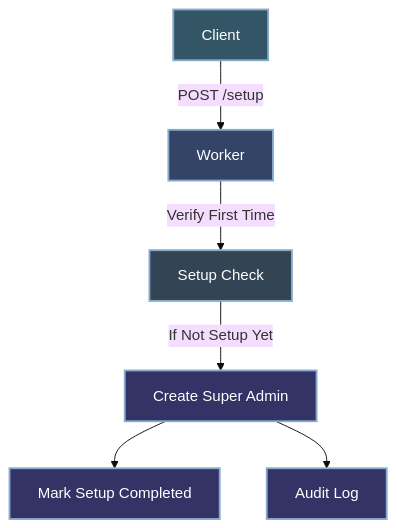
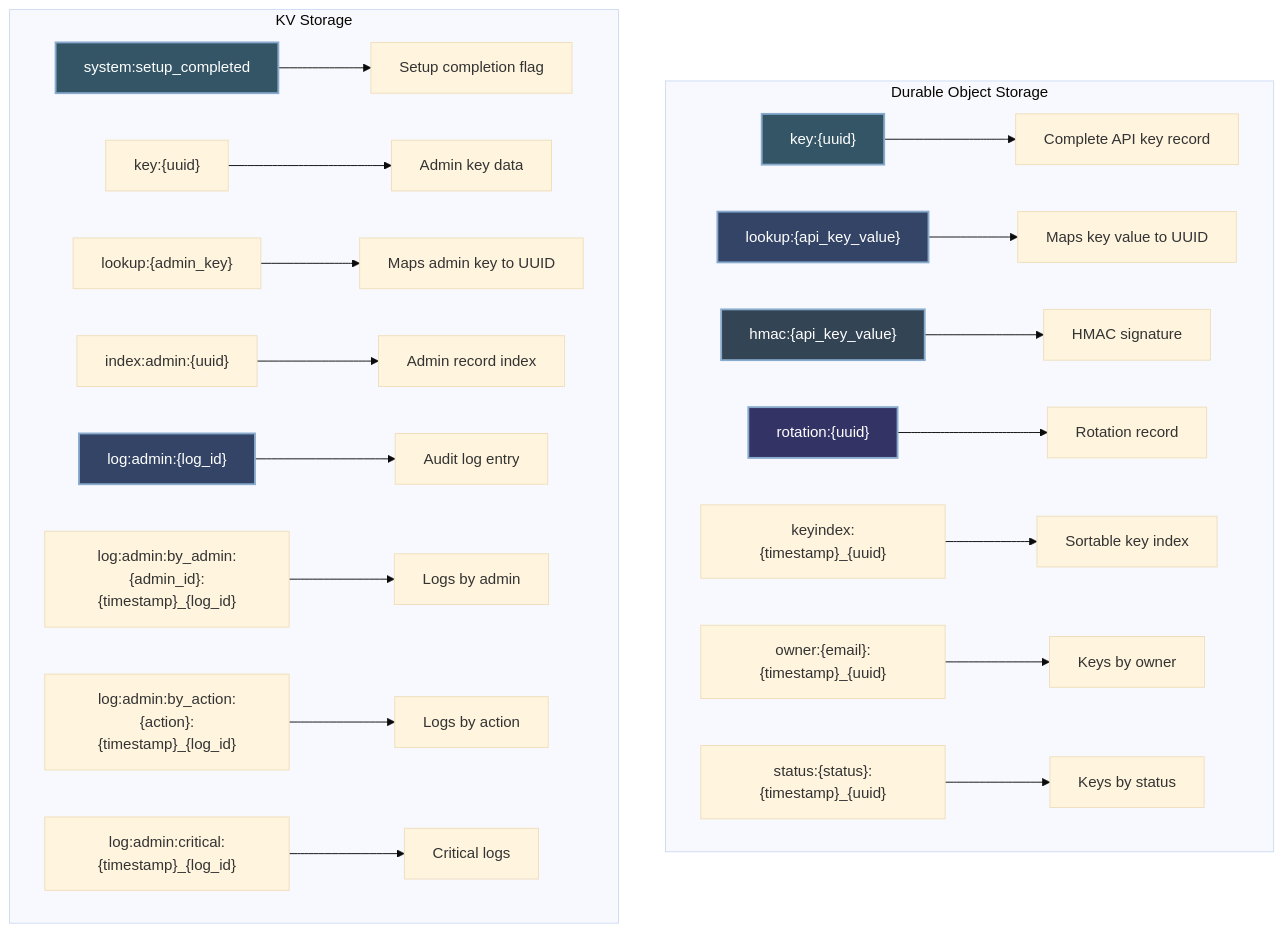
Before and after one commit to erfianugrah/api-gateway-workers: diagram 20 of 24 in docs/ARCHITECTURE.md, drawn with Mermaid (base theme). The commit also changed other lines of this file and 69 other files, not shown here.

````diff
--- a/docs/ARCHITECTURE.md
+++ b/docs/ARCHITECTURE.md
@@ -434,15 +1213,43 @@
 ```mermaid
-flowchart TB
-    A[Client] -->|POST /setup| B[Worker]
-    B -->|Verify First Time| C[Setup Check]
-    C -->|If Not Setup Yet| D[Create Super Admin]
-    D --> E[Mark Setup Completed]
-    D --> F[Audit Log]
+graph TD
+    subgraph "Durable Object Storage"
+        KeyData["key:{uuid}"] --> FullKeyRecord[Complete API key record]
+        
+        LookupIndex["lookup:{api_key_value}"] --> KeyID[Maps key value to UUID]
+        
+        HMACStore["hmac:{api_key_value}"] --> Signature[HMAC signature]
+        
+        RotationStore["rotation:{uuid}"] --> RotationInfo[Rotation record]
+        
+        TimeIndex["keyindex:{timestamp}_{uuid}"] --> SortableIndex[Sortable key index]
+        
+        OwnerIndex["owner:{email}:{timestamp}_{uuid}"] --> OwnerList[Keys by owner]
+        
+        StatusIndex["status:{status}:{timestamp}_{uuid}"] --> StatusList[Keys by status]
+    end
     
-    style A fill:#335566,stroke:#88aacc,stroke-width:2px,color:#ffffff
-    style B fill:#334466,stroke:#88aacc,stroke-width:2px,color:#ffffff
-    style C fill:#334455,stroke:#88aacc,stroke-width:2px,color:#ffffff
-    style D fill:#333366,stroke:#88aacc,stroke-width:2px,color:#ffffff
-    style E fill:#333366,stroke:#88aacc,stroke-width:2px,color:#ffffff
-    style F fill:#333366,stroke:#88aacc,stroke-width:2px,color:#ffffff
+    subgraph "KV Storage"
+        SystemFlag["system:setup_completed"] --> SetupFlag[Setup completion flag]
+        
+        AdminKeyStore["key:{uuid}"] --> AdminKeyData[Admin key data]
+        
+        AdminLookup["lookup:{admin_key}"] --> AdminID[Maps admin key to UUID]
+        
+        AdminIndex["index:admin:{uuid}"] --> AdminRecord[Admin record index]
+        
+        LogStore["log:admin:{log_id}"] --> LogEntry[Audit log entry]
+        
+        AdminLogIndex["log:admin:by_admin:{admin_id}:{timestamp}_{log_id}"] --> AdminLogs[Logs by admin]
+        
+        ActionLogIndex["log:admin:by_action:{action}:{timestamp}_{log_id}"] --> ActionLogs[Logs by action]
+        
+        CriticalLogIndex["log:admin:critical:{timestamp}_{log_id}"] --> CriticalLogs[Critical logs]
+    end
+    
+    style KeyData fill:#335566,stroke:#88aacc,stroke-width:2px,color:#ffffff
+    style LookupIndex fill:#334466,stroke:#88aacc,stroke-width:2px,color:#ffffff
+    style HMACStore fill:#334455,stroke:#88aacc,stroke-width:2px,color:#ffffff
+    style RotationStore fill:#333366,stroke:#88aacc,stroke-width:2px,color:#ffffff
+    style SystemFlag fill:#335566,stroke:#88aacc,stroke-width:2px,color:#ffffff
+    style LogStore fill:#334466,stroke:#88aacc,stroke-width:2px,color:#ffffff
 ```
````
